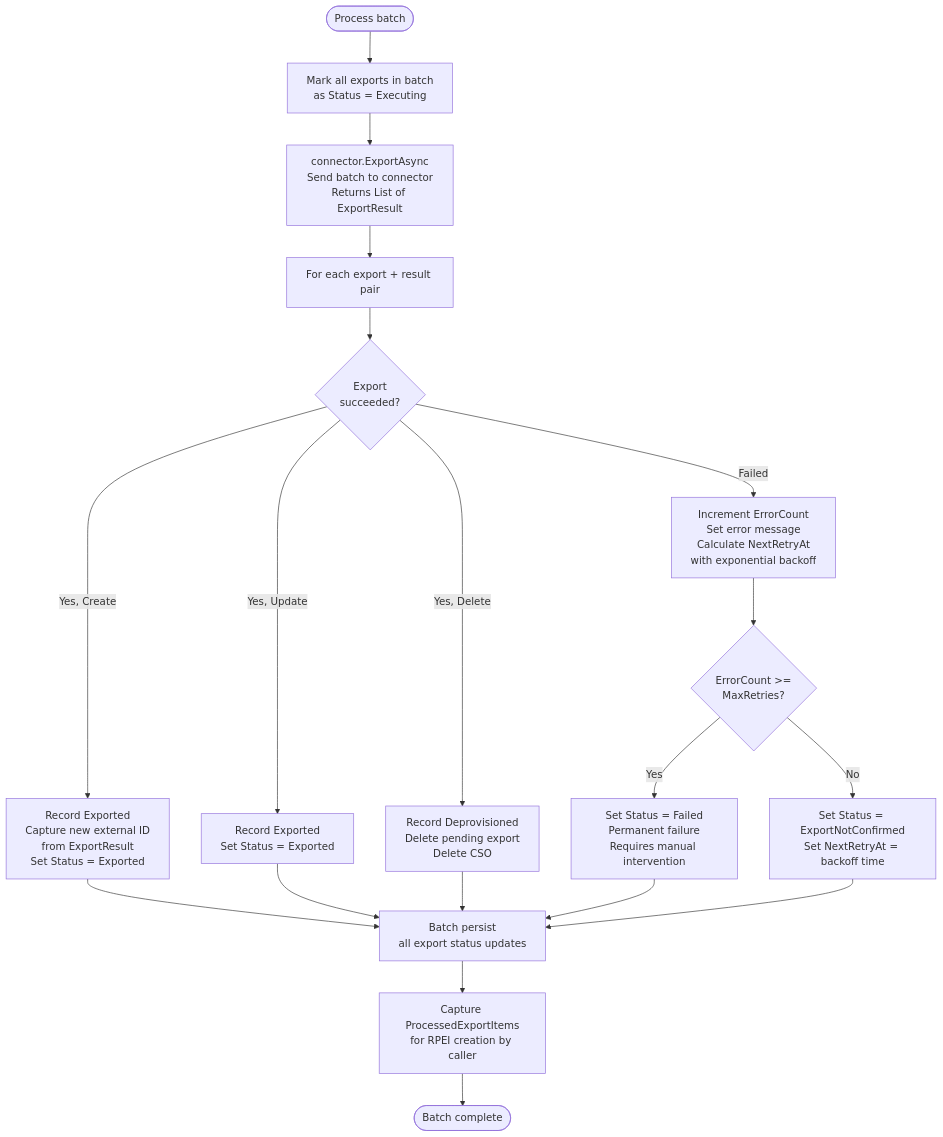
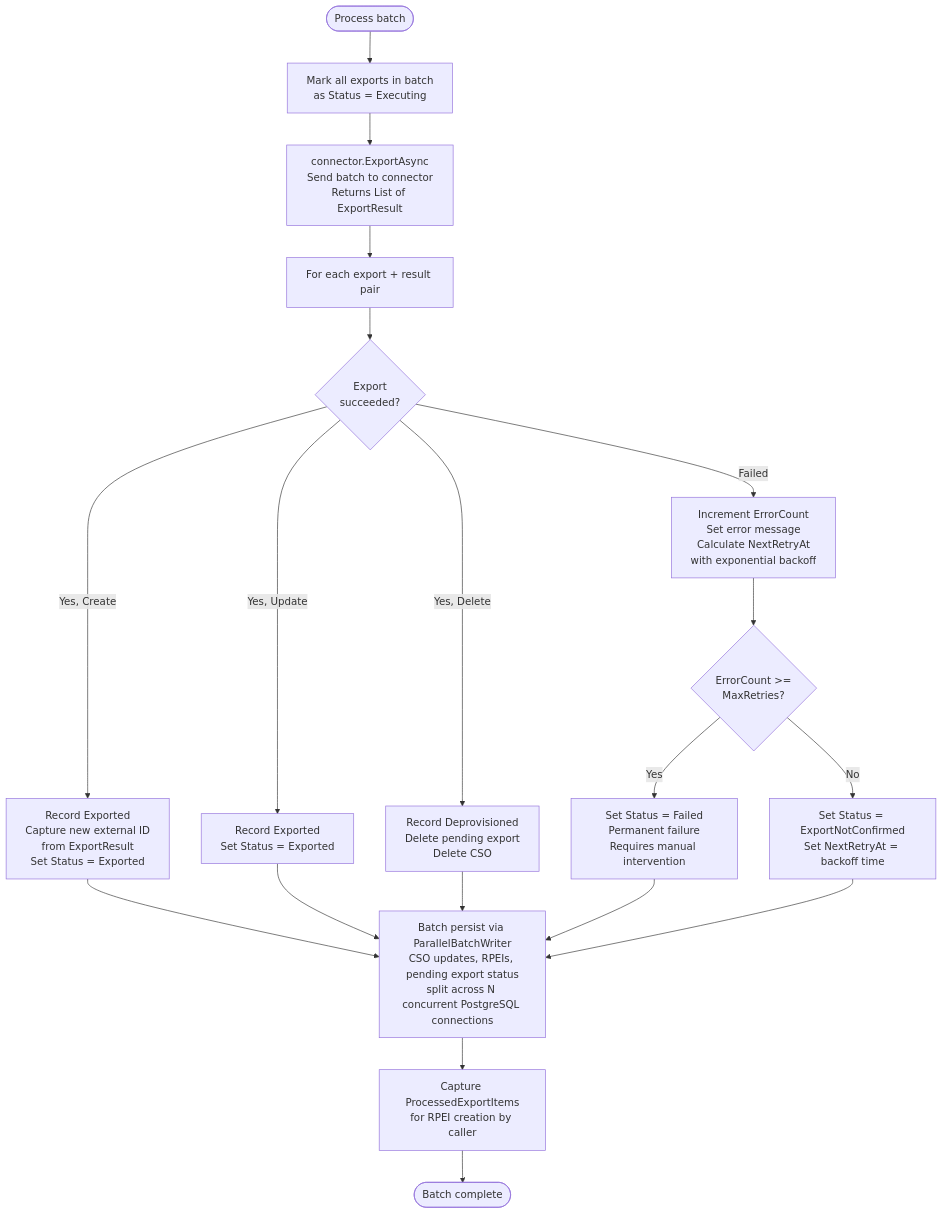
One commit to TetronIO/JIM changed the third of 5 diagrams in docs/diagrams/mermaid/EXPORT_EXECUTION_FLOW.md. Above: the diagram before and after it, drawn with Mermaid. The commit also changed other lines of this file and 27 other files, not shown here.

````diff
--- a/docs/diagrams/mermaid/EXPORT_EXECUTION_FLOW.md
+++ b/docs/diagrams/mermaid/EXPORT_EXECUTION_FLOW.md
@@ -87,25 +87,25 @@
 ```mermaid
 flowchart TD
     Start([Process batch]) --> MarkExecuting[Mark all exports in batch<br/>as Status = Executing]
     MarkExecuting --> CallConnector[connector.ExportAsync<br/>Send batch to connector<br/>Returns List of ExportResult]
     CallConnector --> ProcessResults[For each export + result pair]
     ProcessResults --> CheckResult{Export<br/>succeeded?}
 
     CheckResult -->|Yes, Create| HandleCreate[Record Exported<br/>Capture new external ID<br/>from ExportResult<br/>Set Status = Exported]
     CheckResult -->|Yes, Update| HandleUpdate[Record Exported<br/>Set Status = Exported]
     CheckResult -->|Yes, Delete| HandleDelete[Record Deprovisioned<br/>Delete pending export<br/>Delete CSO]
     CheckResult -->|Failed| HandleFail[Increment ErrorCount<br/>Set error message<br/>Calculate NextRetryAt<br/>with exponential backoff]
 
     HandleCreate --> Persist
     HandleUpdate --> Persist
     HandleDelete --> Persist
     HandleFail --> CheckMaxRetries{ErrorCount >=<br/>MaxRetries?}
     CheckMaxRetries -->|Yes| MarkFailed[Set Status = Failed<br/>Permanent failure<br/>Requires manual intervention]
     CheckMaxRetries -->|No| SetRetry[Set Status = ExportNotConfirmed<br/>Set NextRetryAt = backoff time]
     MarkFailed --> Persist
     SetRetry --> Persist
 
-    Persist[Batch persist<br/>all export status updates]
+    Persist[Batch persist via ParallelBatchWriter<br/>CSO updates, RPEIs, pending export status<br/>split across N concurrent PostgreSQL connections]
     Persist --> CaptureItems[Capture ProcessedExportItems<br/>for RPEI creation by caller]
     CaptureItems --> Done([Batch complete])
 ```
````
